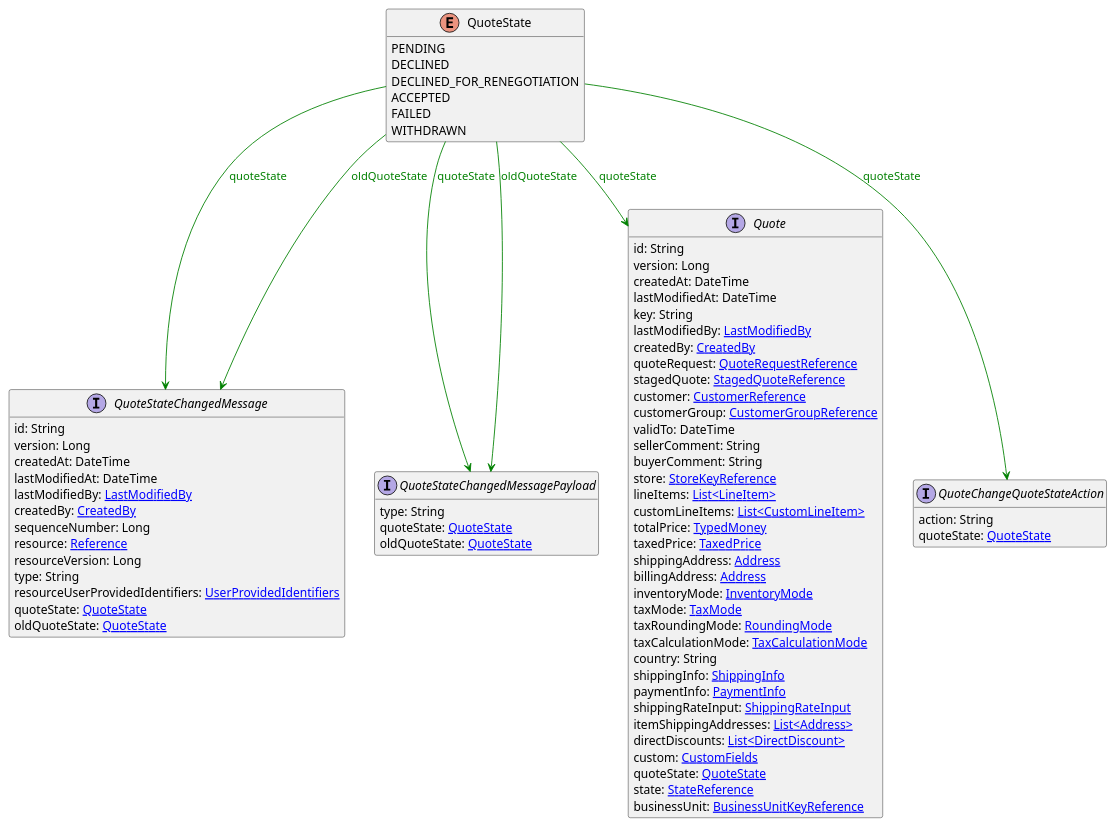
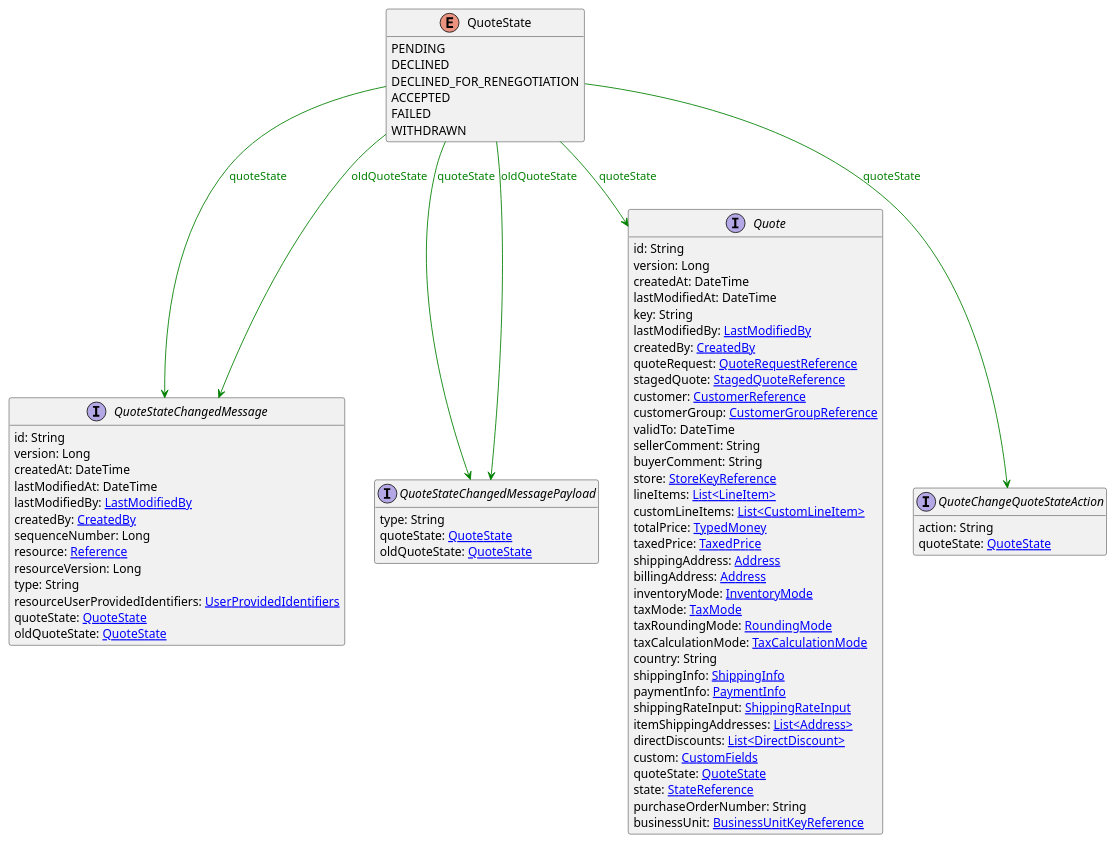
The diagram in uml/api/QuoteState.puml (commercetools/commercetools-api-reference), drawn with PlantUML before and after one commit. The commit also changed 116 other files, not shown here.

```diff
--- a/uml/api/QuoteState.puml
+++ b/uml/api/QuoteState.puml
@@ -1,79 +1,80 @@
 @startuml
 
 hide methods
 enum QuoteState {
     PENDING
     DECLINED
     DECLINED_FOR_RENEGOTIATION
     ACCEPTED
     FAILED
     WITHDRAWN
 }
 interface QuoteStateChangedMessage [[QuoteStateChangedMessage.svg]]  {
     id: String
     version: Long
     createdAt: DateTime
     lastModifiedAt: DateTime
     lastModifiedBy: [[LastModifiedBy.svg LastModifiedBy]]
     createdBy: [[CreatedBy.svg CreatedBy]]
     sequenceNumber: Long
     resource: [[Reference.svg Reference]]
     resourceVersion: Long
     type: String
     resourceUserProvidedIdentifiers: [[UserProvidedIdentifiers.svg UserProvidedIdentifiers]]
     quoteState: [[QuoteState.svg QuoteState]]
     oldQuoteState: [[QuoteState.svg QuoteState]]
 }
 interface QuoteStateChangedMessagePayload [[QuoteStateChangedMessagePayload.svg]]  {
     type: String
     quoteState: [[QuoteState.svg QuoteState]]
     oldQuoteState: [[QuoteState.svg QuoteState]]
 }
 interface Quote [[Quote.svg]]  {
     id: String
     version: Long
     createdAt: DateTime
     lastModifiedAt: DateTime
     key: String
     lastModifiedBy: [[LastModifiedBy.svg LastModifiedBy]]
     createdBy: [[CreatedBy.svg CreatedBy]]
     quoteRequest: [[QuoteRequestReference.svg QuoteRequestReference]]
     stagedQuote: [[StagedQuoteReference.svg StagedQuoteReference]]
     customer: [[CustomerReference.svg CustomerReference]]
     customerGroup: [[CustomerGroupReference.svg CustomerGroupReference]]
     validTo: DateTime
     sellerComment: String
     buyerComment: String
     store: [[StoreKeyReference.svg StoreKeyReference]]
     lineItems: [[LineItem.svg List<LineItem>]]
     customLineItems: [[CustomLineItem.svg List<CustomLineItem>]]
     totalPrice: [[TypedMoney.svg TypedMoney]]
     taxedPrice: [[TaxedPrice.svg TaxedPrice]]
     shippingAddress: [[Address.svg Address]]
     billingAddress: [[Address.svg Address]]
     inventoryMode: [[InventoryMode.svg InventoryMode]]
     taxMode: [[TaxMode.svg TaxMode]]
     taxRoundingMode: [[RoundingMode.svg RoundingMode]]
     taxCalculationMode: [[TaxCalculationMode.svg TaxCalculationMode]]
     country: String
     shippingInfo: [[ShippingInfo.svg ShippingInfo]]
     paymentInfo: [[PaymentInfo.svg PaymentInfo]]
     shippingRateInput: [[ShippingRateInput.svg ShippingRateInput]]
     itemShippingAddresses: [[Address.svg List<Address>]]
     directDiscounts: [[DirectDiscount.svg List<DirectDiscount>]]
     custom: [[CustomFields.svg CustomFields]]
     quoteState: [[QuoteState.svg QuoteState]]
     state: [[StateReference.svg StateReference]]
+    purchaseOrderNumber: String
     businessUnit: [[BusinessUnitKeyReference.svg BusinessUnitKeyReference]]
 }
 interface QuoteChangeQuoteStateAction [[QuoteChangeQuoteStateAction.svg]]  {
     action: String
     quoteState: [[QuoteState.svg QuoteState]]
 }
 QuoteState --> QuoteStateChangedMessage #green;text:green : "quoteState"
 QuoteState --> QuoteStateChangedMessage #green;text:green : "oldQuoteState"
 QuoteState --> QuoteStateChangedMessagePayload #green;text:green : "quoteState"
 QuoteState --> QuoteStateChangedMessagePayload #green;text:green : "oldQuoteState"
 QuoteState --> Quote #green;text:green : "quoteState"
 QuoteState --> QuoteChangeQuoteStateAction #green;text:green : "quoteState"
 @enduml
```
